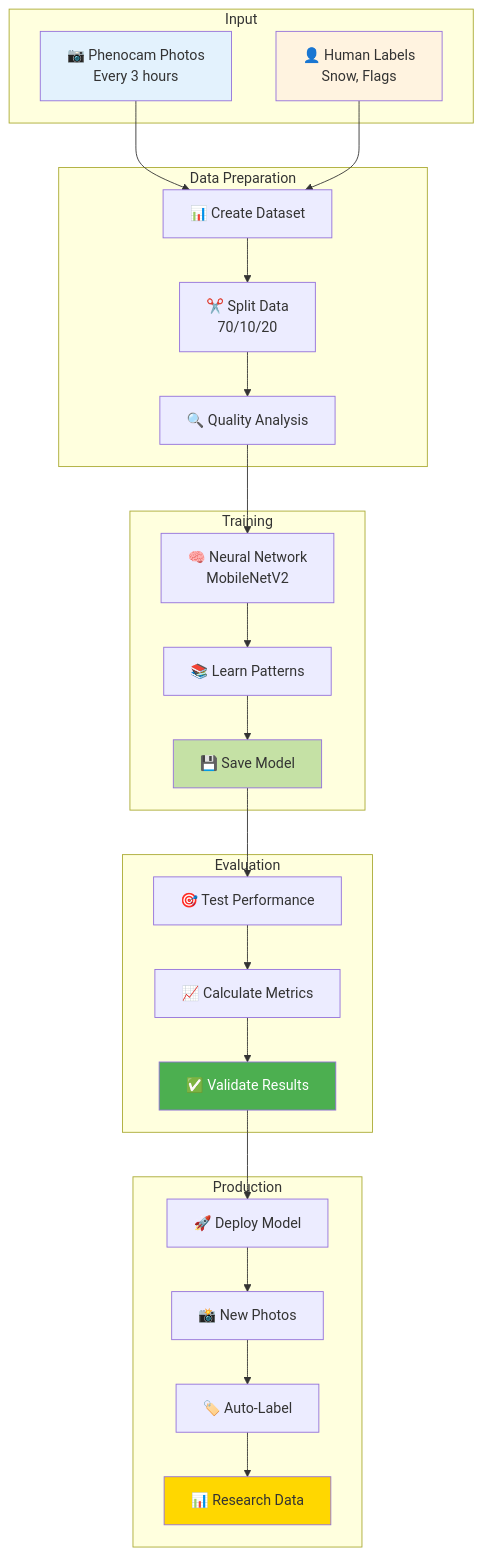
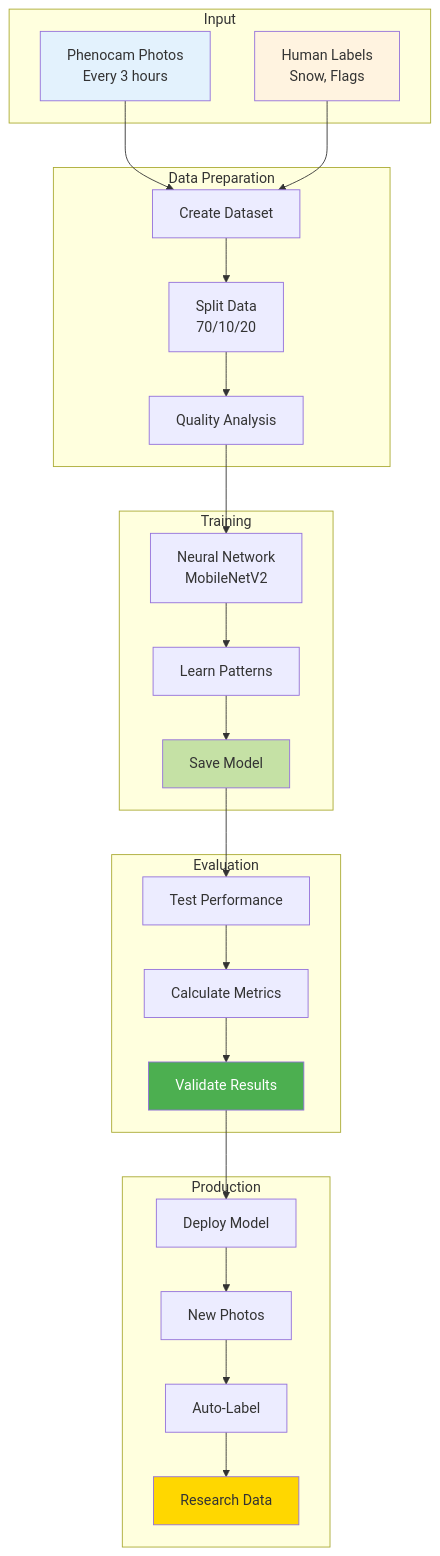
The first of 14 diagrams in docs/workflow_complete_guide.md (SITES-spectral/phenocai), drawn with Mermaid before and after one commit. The commit also changed other lines of this file and 22 other files, not shown here.

````diff
--- a/docs/workflow_complete_guide.md
+++ b/docs/workflow_complete_guide.md
@@ -7,53 +7,53 @@
 ```mermaid
 graph TB
     subgraph Input
-        A[📷 Phenocam Photos<br/>Every 3 hours]
-        B[👤 Human Labels<br/>Snow, Flags]
+        A[Phenocam Photos<br/>Every 3 hours]
+        B[Human Labels<br/>Snow, Flags]
     end
     
     subgraph Data Preparation
-        C[📊 Create Dataset]
-        D[✂️ Split Data<br/>70/10/20]
-        E[🔍 Quality Analysis]
+        C[Create Dataset]
+        D[Split Data<br/>70/10/20]
+        E[Quality Analysis]
     end
     
     subgraph Training
-        F[🧠 Neural Network<br/>MobileNetV2]
-        G[📚 Learn Patterns]
-        H[💾 Save Model]
+        F[Neural Network<br/>MobileNetV2]
+        G[Learn Patterns]
+        H[Save Model]
     end
     
     subgraph Evaluation
-        I[🎯 Test Performance]
-        J[📈 Calculate Metrics]
-        K[✅ Validate Results]
+        I[Test Performance]
+        J[Calculate Metrics]
+        K[Validate Results]
     end
     
     subgraph Production
-        L[🚀 Deploy Model]
-        M[📸 New Photos]
-        N[🏷️ Auto-Label]
-        O[📊 Research Data]
+        L[Deploy Model]
+        M[New Photos]
+        N[Auto-Label]
+        O[Research Data]
     end
     
     A --> C
     B --> C
     C --> D
     D --> E
     E --> F
     F --> G
     G --> H
     H --> I
     I --> J
     J --> K
     K --> L
     L --> M
     M --> N
     N --> O
     
     style A fill:#e3f2fd
     style B fill:#fff3e0
     style H fill:#c5e1a5
     style K fill:#4caf50,color:#fff
     style O fill:#ffd700
 ```
````
